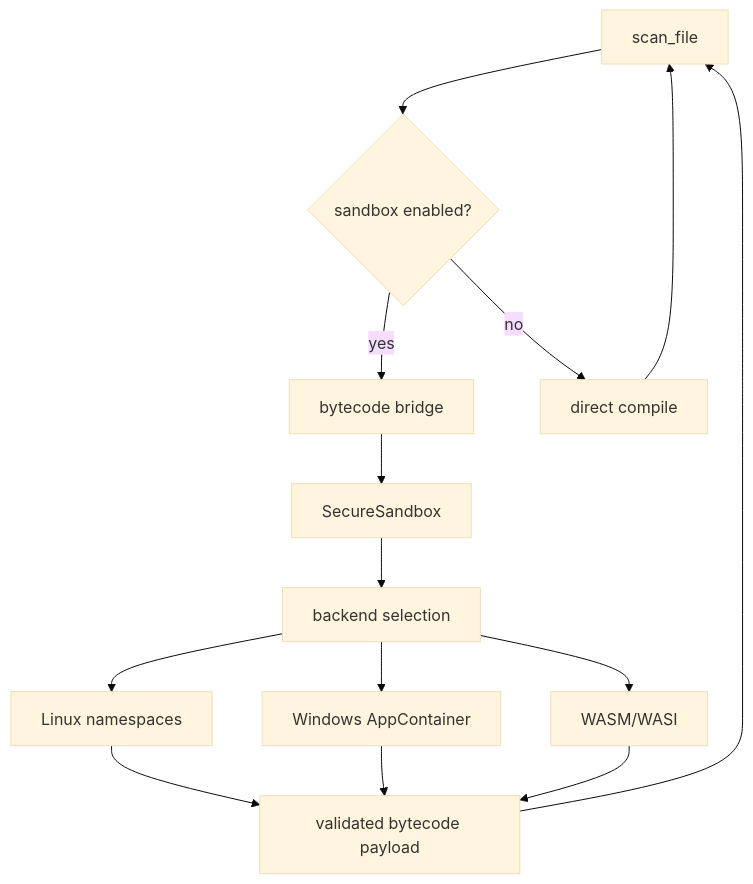
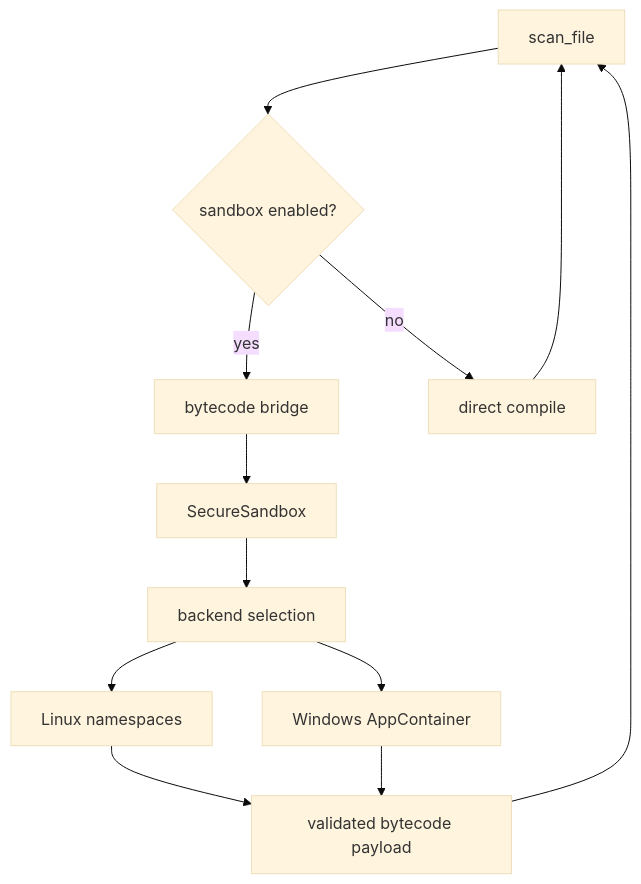
One commit to darkoss1/pysymex changed the diagram in docs/arch/SANDBOX.md. Above: the diagram before and after it, drawn with Mermaid (base theme). The commit also changed other lines of this file and 4001 other files, not shown here.

````diff
--- a/docs/arch/SANDBOX.md
+++ b/docs/arch/SANDBOX.md
@@ -9,16 +9,14 @@
 ```mermaid
 flowchart TD
     Scan["scan_file"] --> Choice{"sandbox enabled?"}
     Choice -->|yes| Bridge["bytecode bridge"]
     Choice -->|no| Direct["direct compile"]
     Bridge --> Runner["SecureSandbox"]
     Runner --> Select["backend selection"]
     Select --> Linux["Linux namespaces"]
     Select --> Windows["Windows AppContainer"]
-    Select --> Wasm["WASM/WASI"]
     Linux --> Blob["validated bytecode payload"]
     Windows --> Blob
-    Wasm --> Blob
     Blob --> Scan
     Direct --> Scan
 ```
````
